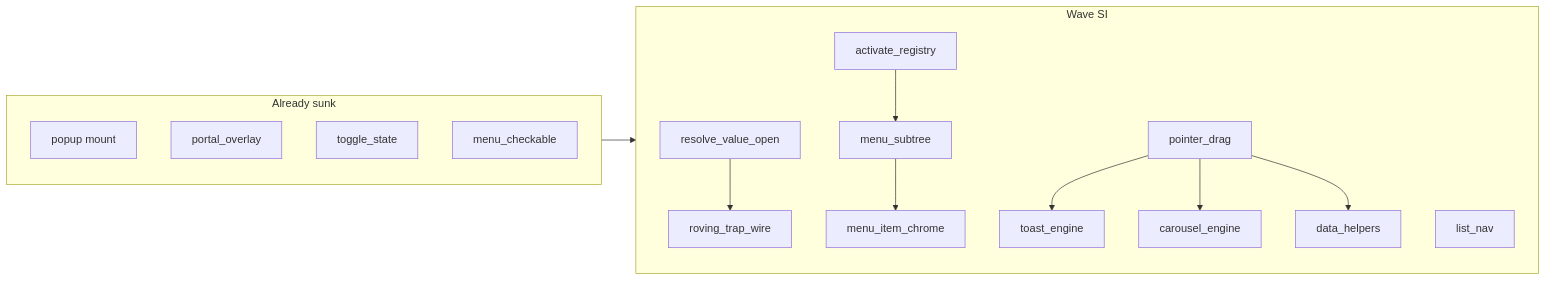
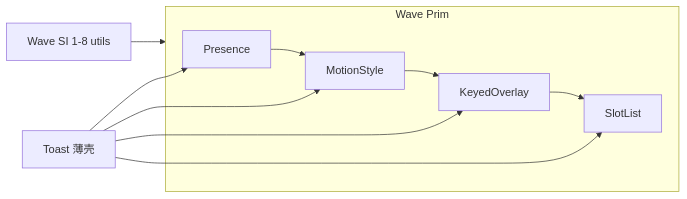
The diagram in docs/plans/组件交互下沉_145e4c9e.plan.md (Zk3619/Jadix), drawn with Mermaid before and after one commit. The commit also changed other lines of this file and 4 other files, not shown here.

First line of the commit message:
docs: record Wave Prim and fold SI.9/10 back into product dirs

````diff
--- a/docs/plans/组件交互下沉_145e4c9e.plan.md
+++ b/docs/plans/组件交互下沉_145e4c9e.plan.md
@@ -87,28 +114,15 @@
 ```mermaid
 flowchart LR
-  subgraph done [Already sunk]
-    Popup[popup mount]
-    Overlay[portal_overlay]
-    Toggle[toggle_state]
-    Checkable[menu_checkable]
+  SI[Wave SI 1-8 utils] --> Prim
+  subgraph Prim [Wave Prim]
+    P1[Presence]
+    P2[MotionStyle]
+    P3[KeyedOverlay]
+    P4[SlotList]
   end
-  subgraph si [Wave SI]
-    SI1[activate_registry]
-    SI2[resolve_value_open]
-    SI3[menu_subtree]
-    SI4[list_nav]
-    SI5[menu_item_chrome]
-    SI6[roving_trap_wire]
-    SI7[pointer_drag]
-    SI9[toast_engine]
-    SI10[carousel_engine]
-    SI8[data_helpers]
-  end
-  done --> si
-  SI1 --> SI3
-  SI2 --> SI6
-  SI3 --> SI5
-  SI7 --> SI9
-  SI7 --> SI10
-  SI7 --> SI8
+  P1 --> P2 --> P3 --> P4
+  Toast[Toast 薄壳] --> P1
+  Toast --> P2
+  Toast --> P3
+  Toast --> P4
 ```
````
